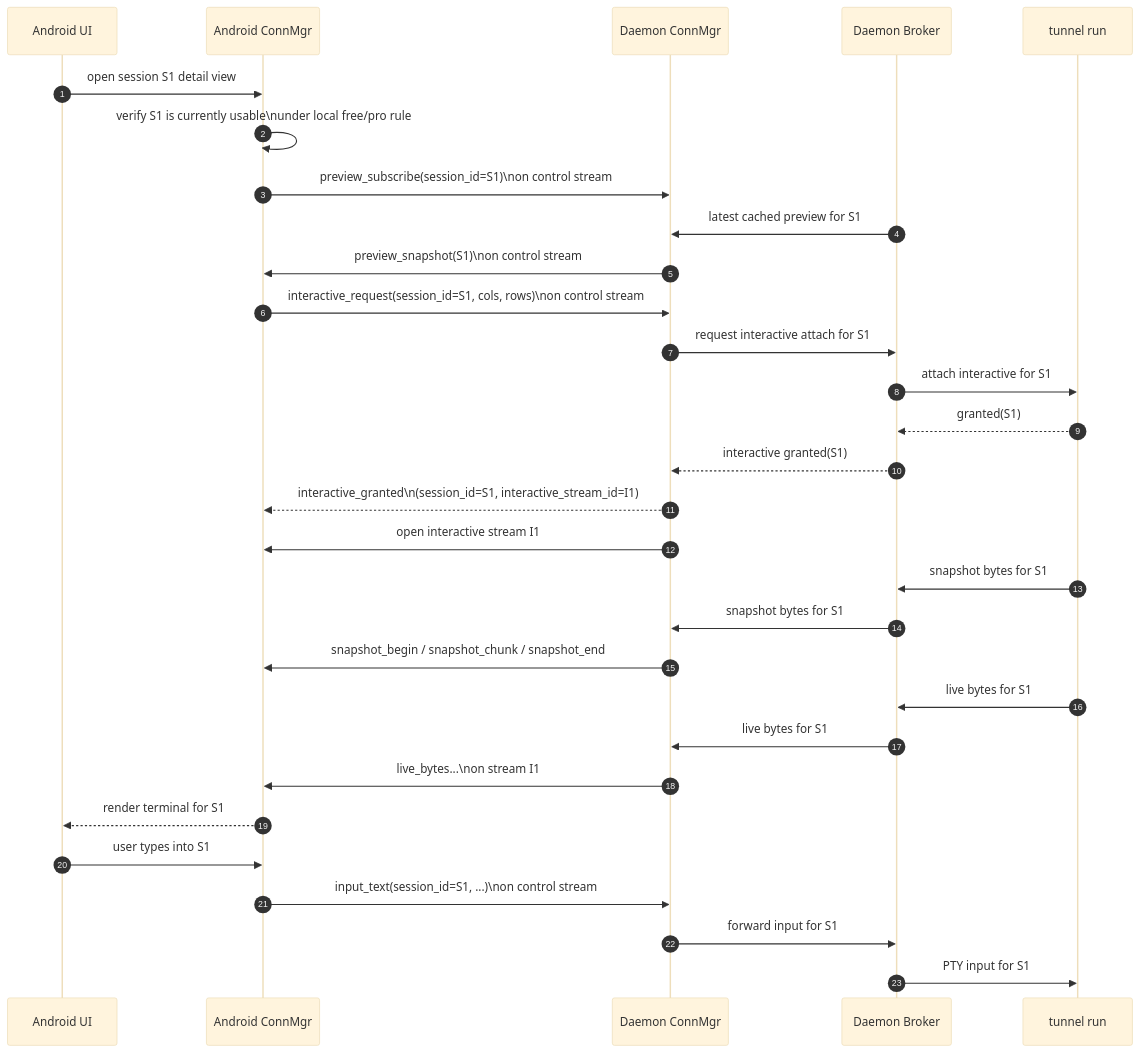
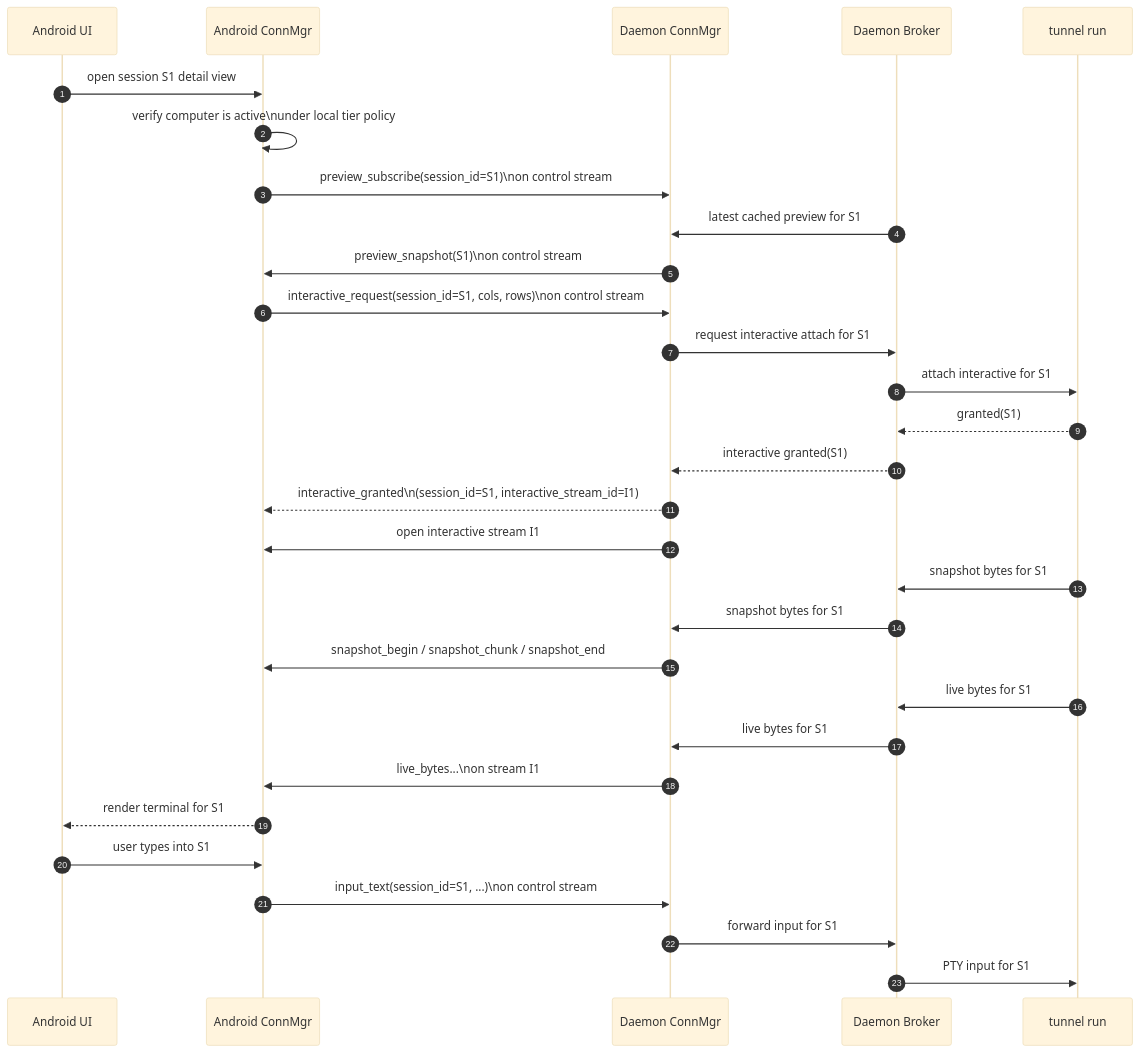
One commit to yuanbohan/agent-tunnel changed the fifth of 9 diagrams in docs/connectivity/reference/sequence-flows.md. Above: the diagram before and after it, drawn with Mermaid (base theme). The commit also changed other lines of this file and 23 other files, not shown here.

Commit message:
refactor: simplify free/pro tier

````diff
--- a/docs/connectivity/reference/sequence-flows.md
+++ b/docs/connectivity/reference/sequence-flows.md
@@ -230,35 +232,35 @@
 ```mermaid
 sequenceDiagram
     autonumber
     participant AndroidUI as Android UI
     participant AndroidConn as Android ConnMgr
     participant DaemonConn as Daemon ConnMgr
     participant DaemonBroker as Daemon Broker
     participant TunnelRun as tunnel run
 
     AndroidUI->>AndroidConn: open session S1 detail view
-    AndroidConn->>AndroidConn: verify S1 is currently usable\nunder local free/pro rule
+    AndroidConn->>AndroidConn: verify computer is active\nunder local tier policy
     AndroidConn->>DaemonConn: preview_subscribe(session_id=S1)\non control stream
     DaemonBroker->>DaemonConn: latest cached preview for S1
     DaemonConn->>AndroidConn: preview_snapshot(S1)\non control stream
 
     AndroidConn->>DaemonConn: interactive_request(session_id=S1, cols, rows)\non control stream
     DaemonConn->>DaemonBroker: request interactive attach for S1
     DaemonBroker->>TunnelRun: attach interactive for S1
     TunnelRun-->>DaemonBroker: granted(S1)
     DaemonBroker-->>DaemonConn: interactive granted(S1)
     DaemonConn-->>AndroidConn: interactive_granted\n(session_id=S1, interactive_stream_id=I1)
     DaemonConn->>AndroidConn: open interactive stream I1
     TunnelRun->>DaemonBroker: snapshot bytes for S1
     DaemonBroker->>DaemonConn: snapshot bytes for S1
     DaemonConn->>AndroidConn: snapshot_begin / snapshot_chunk / snapshot_end
     TunnelRun->>DaemonBroker: live bytes for S1
     DaemonBroker->>DaemonConn: live bytes for S1
     DaemonConn->>AndroidConn: live_bytes...\non stream I1
     AndroidConn-->>AndroidUI: render terminal for S1
 
     AndroidUI->>AndroidConn: user types into S1
     AndroidConn->>DaemonConn: input_text(session_id=S1, ...)\non control stream
     DaemonConn->>DaemonBroker: forward input for S1
     DaemonBroker->>TunnelRun: PTY input for S1
 ```
````
